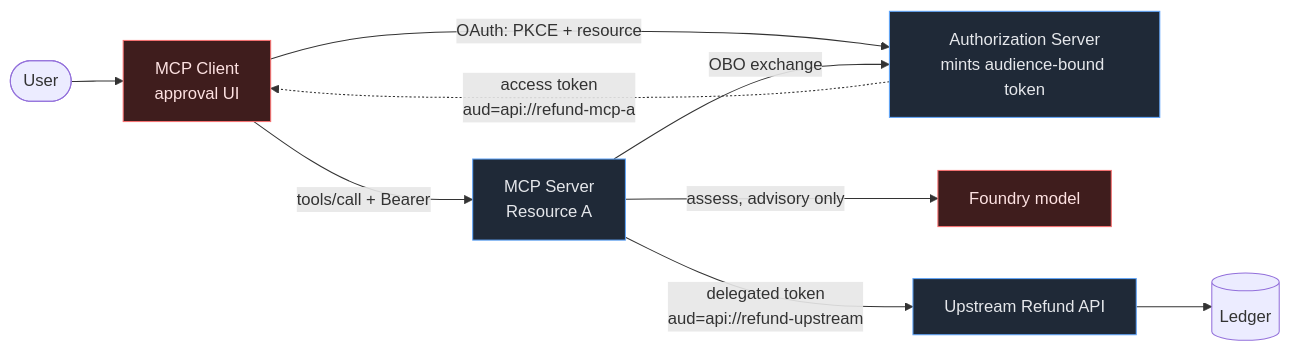
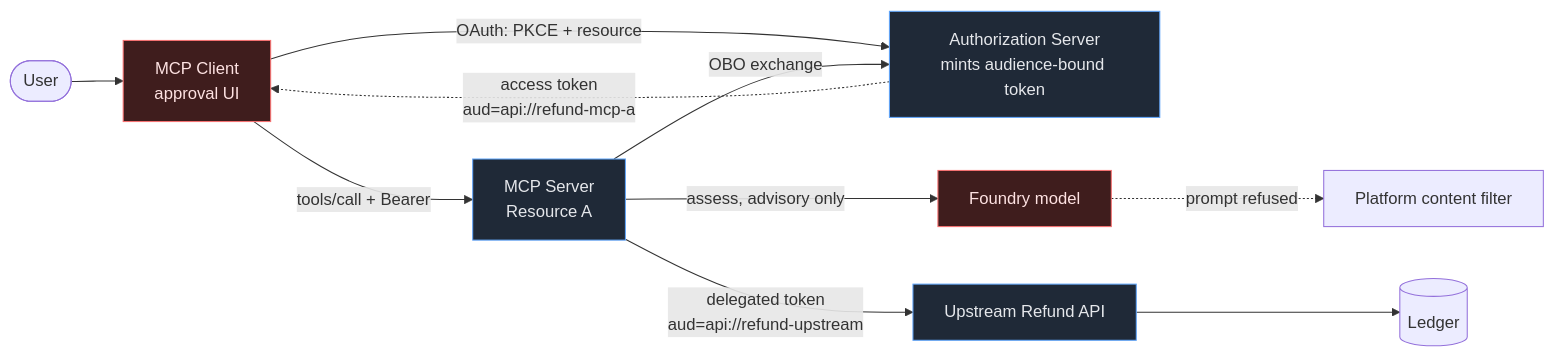
Before and after one commit to bbenz/mcp-tool-calling: the diagram in docs/CONTROL-MAP.md, drawn with Mermaid. The commit also changed other lines of this file and 19 other files, not shown here.

````diff
--- a/docs/CONTROL-MAP.md
+++ b/docs/CONTROL-MAP.md
@@ -11,16 +11,17 @@
 ```mermaid
 flowchart LR
     U([User]) --> C[MCP Client<br/>approval UI]
     C -->|OAuth: PKCE + resource| AS[Authorization Server<br/>mints audience-bound token]
     AS -.->|access token<br/>aud=api://refund-mcp-a| C
     C -->|tools/call + Bearer| A[MCP Server<br/>Resource A]
     A -->|assess, advisory only| F[Foundry model]
+    F -.->|prompt refused| CF[Platform content filter]
     A -->|OBO exchange| AS
     A -->|delegated token<br/>aud=api://refund-upstream| UP[Upstream Refund API]
     UP --> L[(Ledger)]
 
     classDef trust fill:#1f2937,stroke:#60a5fa,color:#e5e7eb
     classDef untrust fill:#3f1d1d,stroke:#f87171,color:#fee2e2
     class A,UP,AS trust
     class C,F untrust
 ```
````
